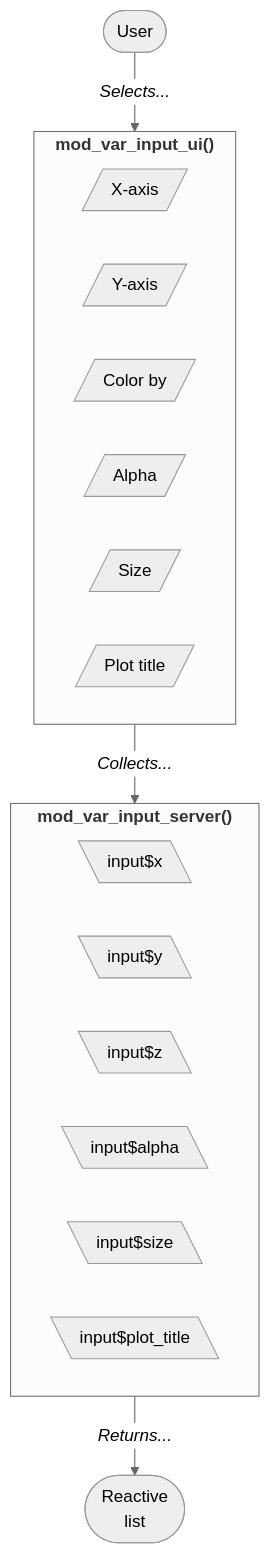
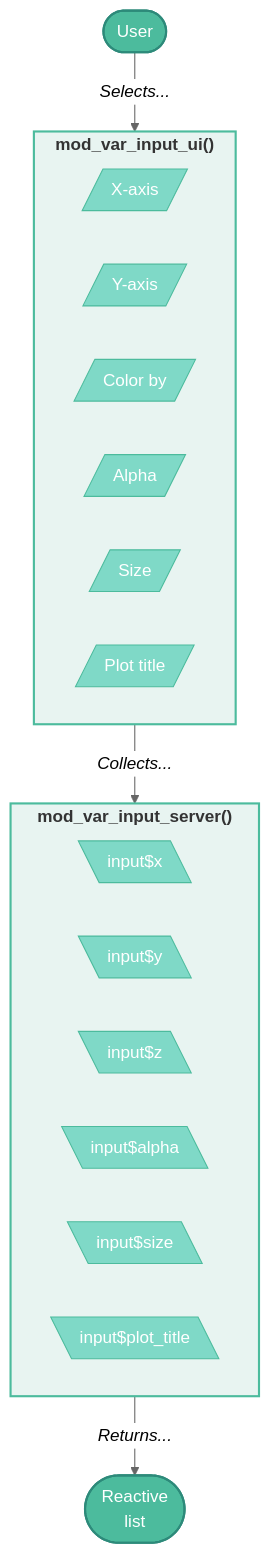
One commit to mjfrigaard/shiny-app-pkgs changed the first of 3 diagrams in shiny.qmd. Above: the diagram before and after it, drawn with Mermaid. The commit also changed other lines of this file, not shown here.

First line of the commit message:
Style all 3 mermaid diagrams in shiny.qmd with teal palette

````diff
--- a/shiny.qmd
+++ b/shiny.qmd
@@ -621,27 +621,44 @@
 ```{mermaid}
 %%| fig-align: center
 %%| fig-cap: 'Variable input module'
 %%{init: {'theme': 'neutral', 'themeVariables': { 'fontFamily': 'monospace',"fontSize":"16px"}}}%%
 flowchart TD
     User(["User"])
     subgraph mod_var_input_server["<strong>mod_var_input_server()</strong>"]
         XServer[\"input$x"\]
         YServer[\"input$y"\]
         ZServer[\"input$z"\]
         AlphaServer[\"input$alpha"\]
         SizeServer[\"input$size"\]
         TitleServer[\"input$plot_title"\]
     end
     subgraph mod_var_input_ui["<strong>mod_var_input_ui()</strong>"]
         XUI[/"X-axis"/]
         YUI[/"Y-axis"/]
         ZUI[/"Color by"/]
         AlphaUI[/"Alpha"/]
         SizeUI[/"Size"/]
         TitleUI[/"Plot title"/]
     end
     User --> |"<em>Selects...</em>"|mod_var_input_ui
     mod_var_input_ui -->|"<em>Collects...</em>"| mod_var_input_server
     mod_var_input_server --> |"<em>Returns...</em>"|Return(["Reactive<br>list"])
-    
+
+    style User fill:#4CBB9D,color:#fff,stroke:#2d8a7a,stroke-width:2px
+    style mod_var_input_ui fill:#e8f4f1,stroke:#4CBB9D,stroke-width:2px
+    style mod_var_input_server fill:#e8f4f1,stroke:#4CBB9D,stroke-width:2px
+    style Return fill:#4CBB9D,color:#fff,stroke:#2d8a7a,stroke-width:2px
+    style XUI fill:#7fd9c7,color:#fff,stroke:#4CBB9D,stroke-width:1px
+    style YUI fill:#7fd9c7,color:#fff,stroke:#4CBB9D,stroke-width:1px
+    style ZUI fill:#7fd9c7,color:#fff,stroke:#4CBB9D,stroke-width:1px
+    style AlphaUI fill:#7fd9c7,color:#fff,stroke:#4CBB9D,stroke-width:1px
+    style SizeUI fill:#7fd9c7,color:#fff,stroke:#4CBB9D,stroke-width:1px
+    style TitleUI fill:#7fd9c7,color:#fff,stroke:#4CBB9D,stroke-width:1px
+    style XServer fill:#7fd9c7,color:#fff,stroke:#4CBB9D,stroke-width:1px
+    style YServer fill:#7fd9c7,color:#fff,stroke:#4CBB9D,stroke-width:1px
+    style ZServer fill:#7fd9c7,color:#fff,stroke:#4CBB9D,stroke-width:1px
+    style AlphaServer fill:#7fd9c7,color:#fff,stroke:#4CBB9D,stroke-width:1px
+    style SizeServer fill:#7fd9c7,color:#fff,stroke:#4CBB9D,stroke-width:1px
+    style TitleServer fill:#7fd9c7,color:#fff,stroke:#4CBB9D,stroke-width:1px
+
 ```
````
